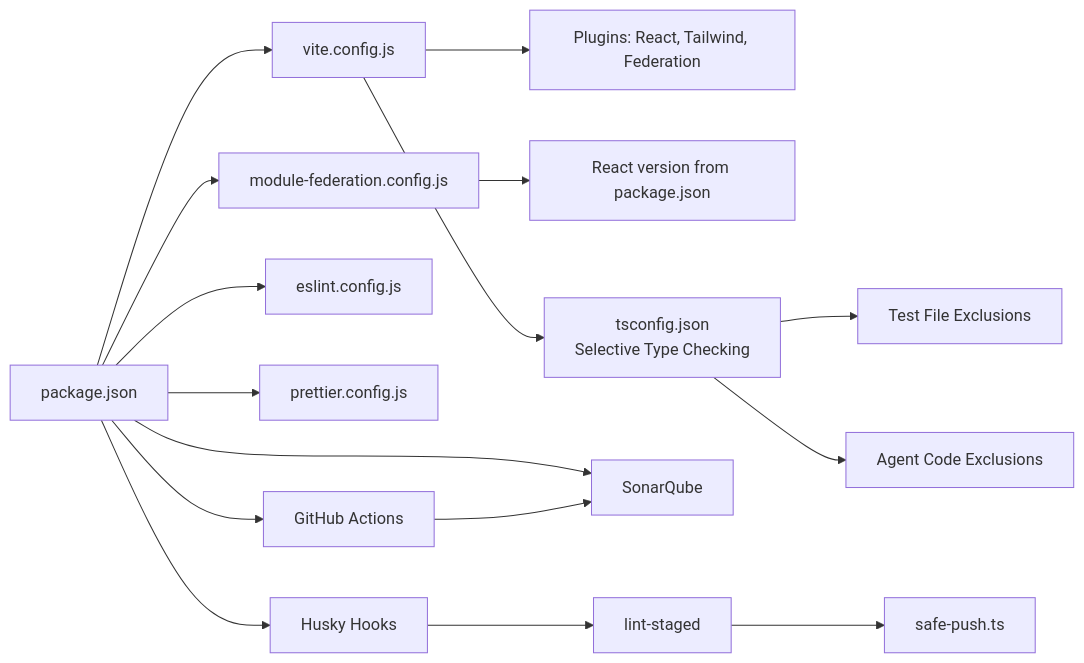
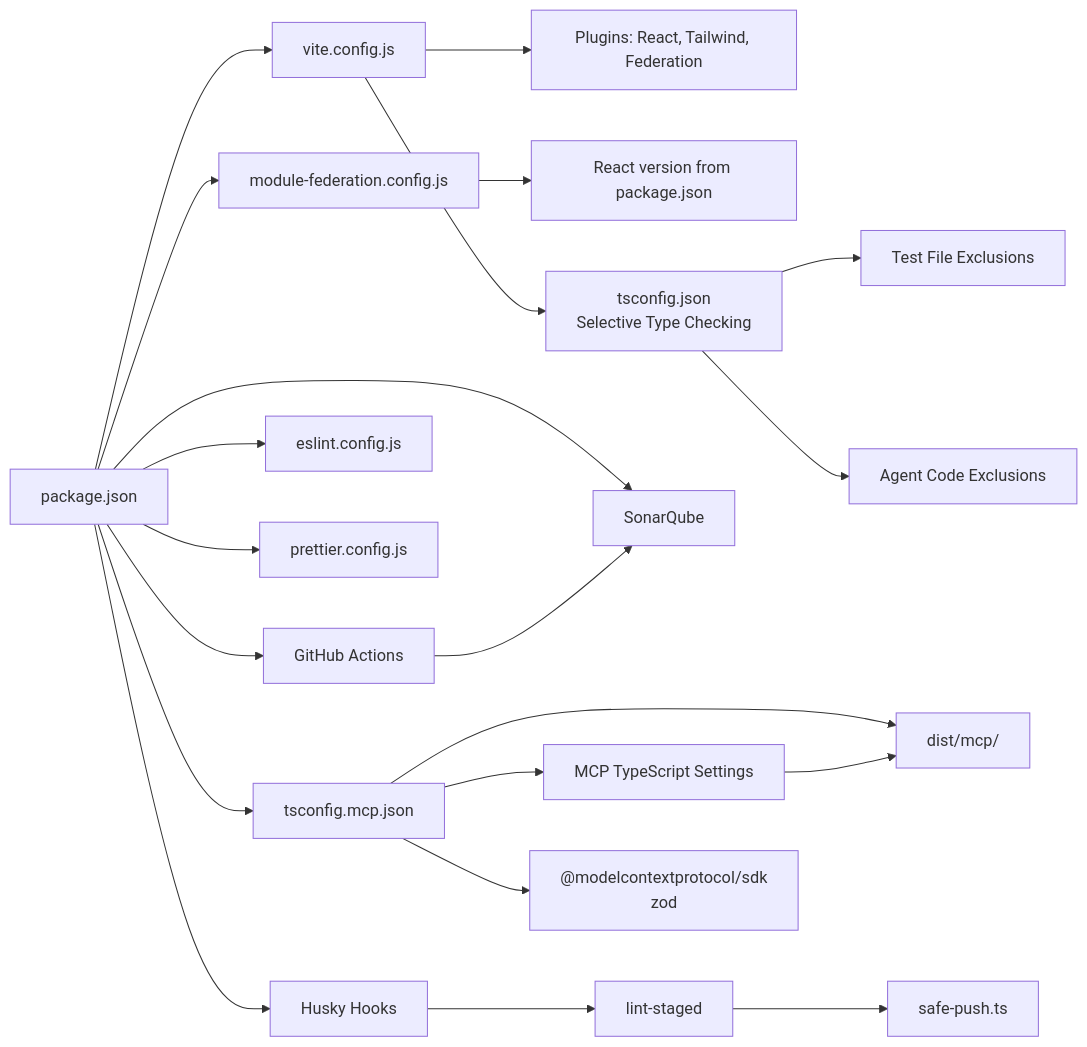
Before and after one commit to DoVuDung/cv-portfolio-builder: diagram 12 of 12 in .qoder/repowiki/en/content/Core Architecture/Build Configuration/Build Configuration.md, drawn with Mermaid. The commit also changed other lines of this file and 4 other files, not shown here.

````diff
--- a/.qoder/repowiki/en/content/Core Architecture/Build Configuration/Build Configuration.md
+++ b/.qoder/repowiki/en/content/Core Architecture/Build Configuration/Build Configuration.md
@@ -559,18 +658,23 @@
 ```mermaid
 graph LR
 Pkg["package.json"] --> Vite["vite.config.js"]
 Pkg --> MFConf["module-federation.config.js"]
+Pkg --> MCP["tsconfig.mcp.json"]
 Vite --> Plugins["Plugins: React, Tailwind, Federation"]
 MFConf --> ReactDep["React version from package.json"]
 Vite --> TS["tsconfig.json<br/>Selective Type Checking"]
 Pkg --> ESL["eslint.config.js"]
 Pkg --> PRET["prettier.config.js"]
 Pkg --> GA["GitHub Actions"]
 Pkg --> Husky["Husky Hooks"]
 Pkg --> SQ["SonarQube"]
 GA --> SQ
 Husky --> LS["lint-staged"]
 LS --> SP["safe-push.ts"]
 TS --> TestExclusions["Test File Exclusions"]
 TS --> AgentExclusions["Agent Code Exclusions"]
+MCP --> MCP_TS["MCP TypeScript Settings"]
+MCP --> MCP_Deps["@modelcontextprotocol/sdk<br/>zod"]
+MCP --> MCP_Out["dist/mcp/"]
+MCP_TS --> MCP_Out
 ```
````
